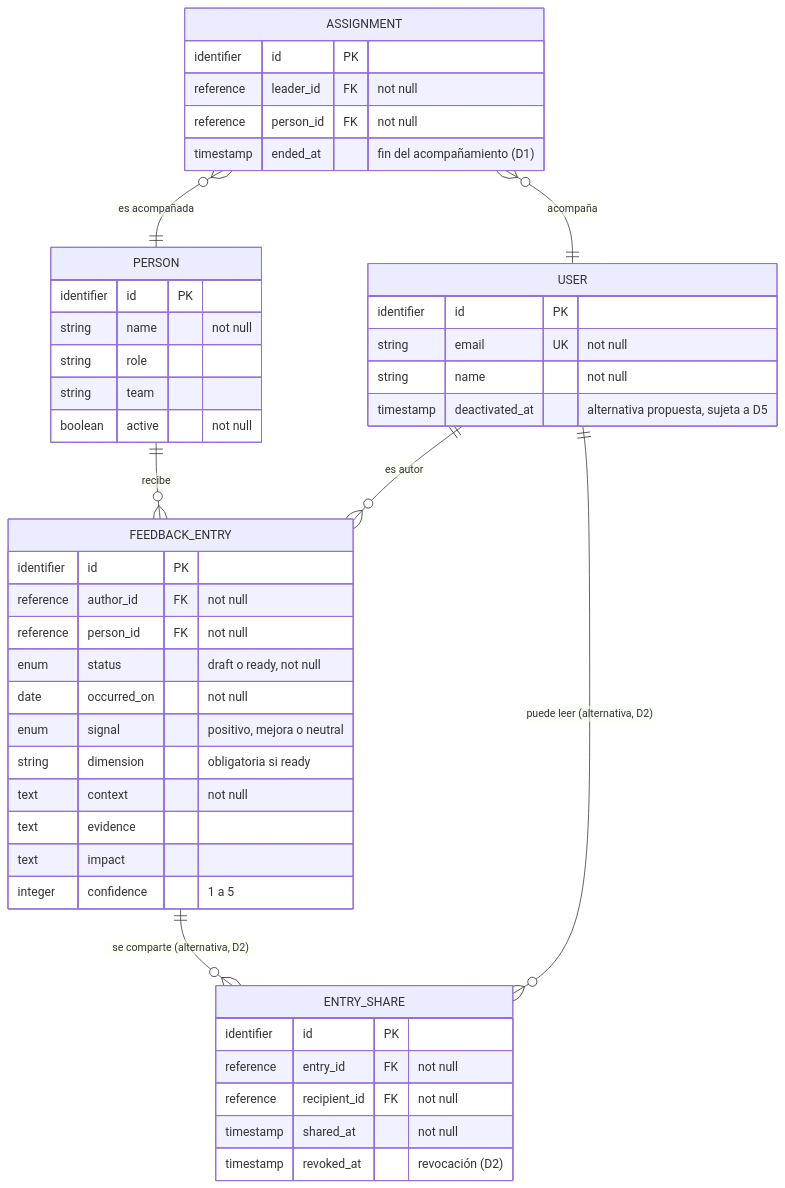
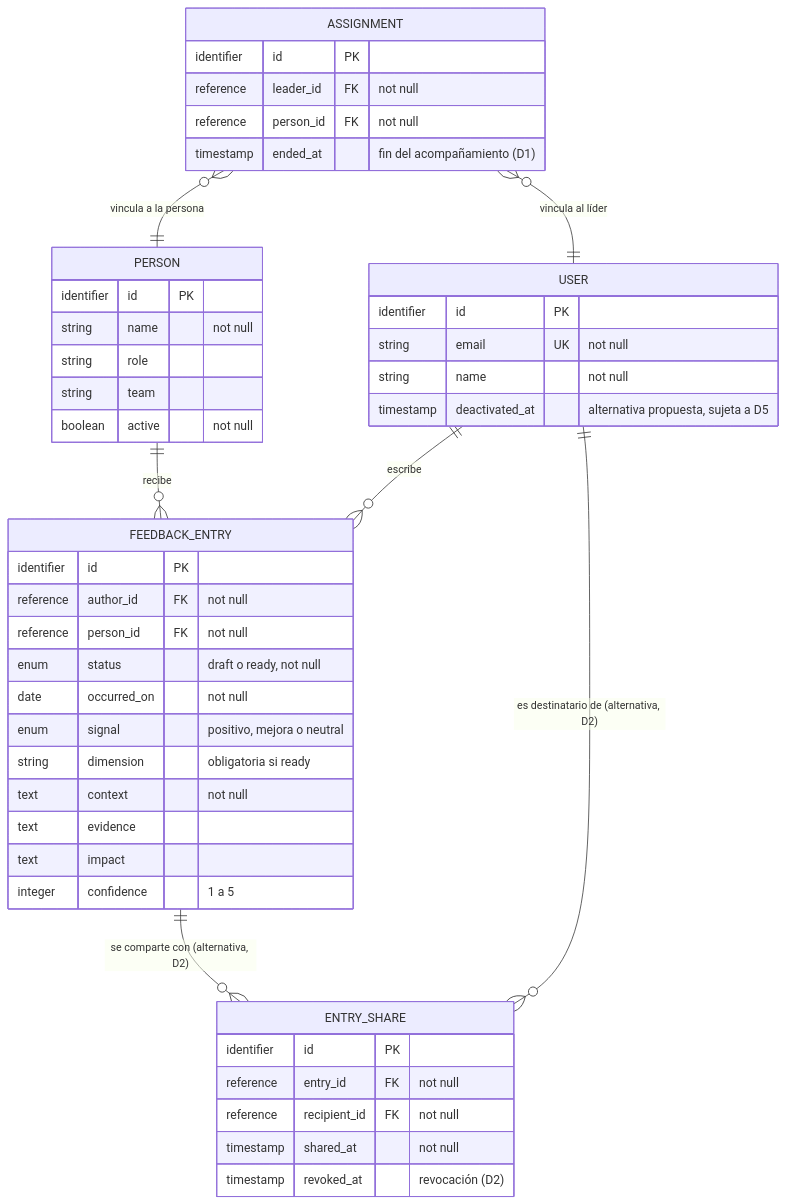
One commit to pablo-wpify/ensayo-openspec-growth-log changed the fourth of 4 diagrams in README.md. Above: the diagram before and after it, drawn with Mermaid. The commit also changed other lines of this file and 6 other files, not shown here.

````diff
--- a/README.md
+++ b/README.md
@@ -372,48 +381,48 @@
 ```mermaid
 erDiagram
-  ASSIGNMENT }o--|| PERSON : "es acompañada"
-  ASSIGNMENT }o--|| USER : "acompaña"
+  ASSIGNMENT }o--|| PERSON : "vincula a la persona"
+  ASSIGNMENT }o--|| USER : "vincula al líder"
   PERSON ||--o{ FEEDBACK_ENTRY : "recibe"
-  USER ||--o{ FEEDBACK_ENTRY : "es autor"
-  FEEDBACK_ENTRY ||--o{ ENTRY_SHARE : "se comparte (alternativa, D2)"
-  USER ||--o{ ENTRY_SHARE : "puede leer (alternativa, D2)"
+  USER ||--o{ FEEDBACK_ENTRY : "escribe"
+  FEEDBACK_ENTRY ||--o{ ENTRY_SHARE : "se comparte con (alternativa, D2)"
+  USER ||--o{ ENTRY_SHARE : "es destinatario de (alternativa, D2)"
   USER {
     identifier id PK
     string email UK "not null"
     string name "not null"
     timestamp deactivated_at "alternativa propuesta, sujeta a D5"
   }
   PERSON {
     identifier id PK
     string name "not null"
     string role
     string team
     boolean active "not null"
   }
   ASSIGNMENT {
     identifier id PK
     reference leader_id FK "not null"
     reference person_id FK "not null"
     timestamp ended_at "fin del acompañamiento (D1)"
   }
   FEEDBACK_ENTRY {
     identifier id PK
     reference author_id FK "not null"
     reference person_id FK "not null"
     enum status "draft o ready, not null"
     date occurred_on "not null"
     enum signal "positivo, mejora o neutral"
     string dimension "obligatoria si ready"
     text context "not null"
     text evidence
     text impact
     integer confidence "1 a 5"
   }
   ENTRY_SHARE {
     identifier id PK
     reference entry_id FK "not null"
     reference recipient_id FK "not null"
     timestamp shared_at "not null"
     timestamp revoked_at "revocación (D2)"
   }
 ```
````
